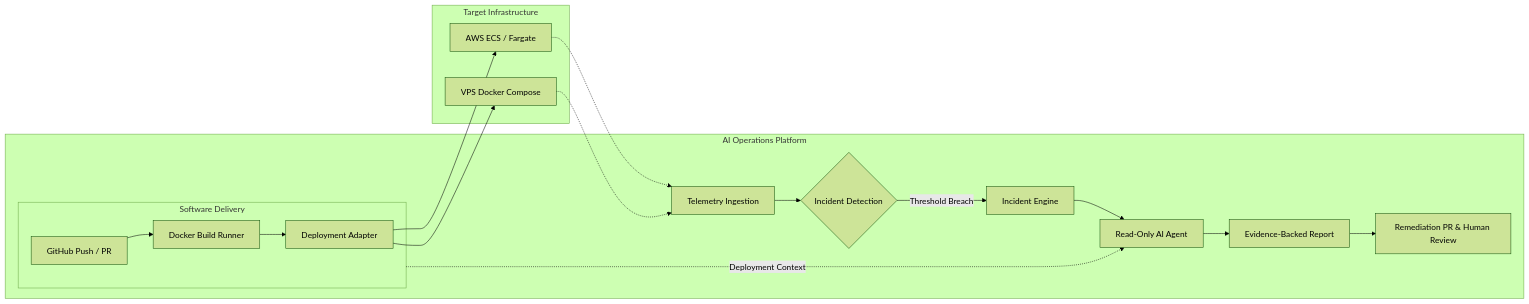
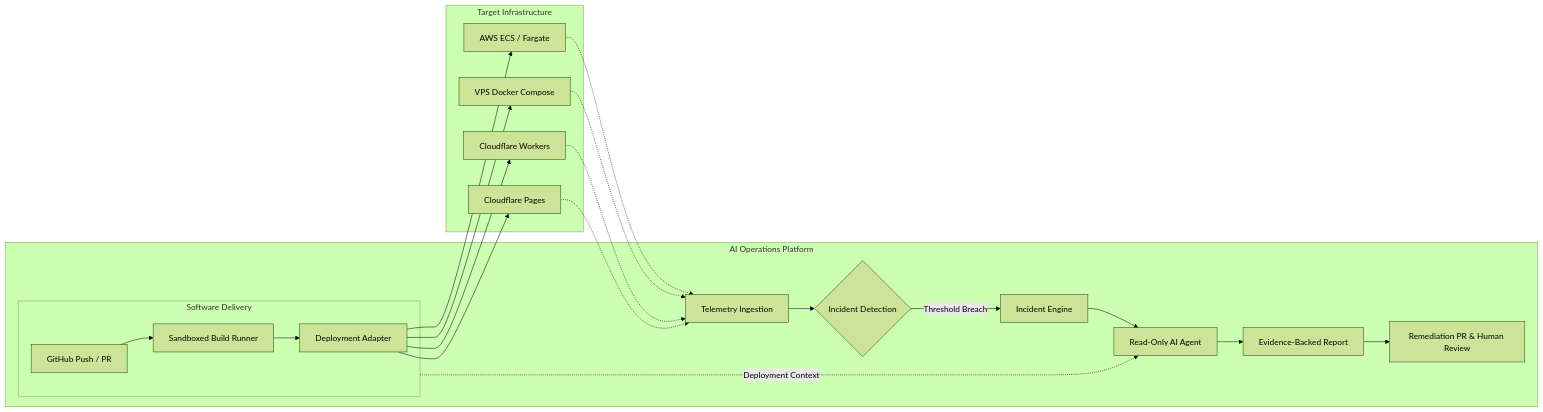
One commit to anwarbuilds1/OpsPilot changed the diagram in README.md. Above: the diagram before and after it, drawn with Mermaid (forest theme). The commit also changed other lines of this file and 44 other files, not shown here.

````diff
--- a/README.md
+++ b/README.md
@@ -29,23 +43,27 @@
 ```mermaid
 flowchart LR
     subgraph Delivery [Software Delivery]
-        GH[GitHub Push / PR] --> Build[Docker Build Runner]
-        Build --> Deploy[Deployment Adapter]
+        GH["GitHub Push / PR"] --> Build["Sandboxed Build Runner"]
+        Build --> Deploy["Deployment Adapter"]
     end
 
     subgraph Runtime [Target Infrastructure]
-        Deploy --> AWS[AWS ECS / Fargate]
-        Deploy --> VPS[VPS Docker Compose]
+        Deploy --> AWS["AWS ECS / Fargate"]
+        Deploy --> VPS["VPS Docker Compose"]
+        Deploy --> CFW["Cloudflare Workers"]
+        Deploy --> CFP["Cloudflare Pages"]
     end
 
     subgraph Operations [AI Operations Platform]
-        AWS -.-> Telemetry[Telemetry Ingestion]
+        AWS -.-> Telemetry["Telemetry Ingestion"]
         VPS -.-> Telemetry
-        Telemetry --> Detection{Incident Detection}
-        Detection -->|Threshold Breach| Engine[Incident Engine]
-        Engine --> Agent[Read-Only AI Agent]
+        CFW -.-> Telemetry
+        CFP -.-> Telemetry
+        Telemetry --> Detection{"Incident Detection"}
+        Detection -->|Threshold Breach| Engine["Incident Engine"]
+        Engine --> Agent["Read-Only AI Agent"]
         Delivery -. Deployment Context .-> Agent
-        Agent --> Report[Evidence-Backed Report]
-        Report --> Remediation[Remediation PR & Human Review]
+        Agent --> Report["Evidence-Backed Report"]
+        Report --> Remediation["Remediation PR & Human Review"]
     end
 ```
````
